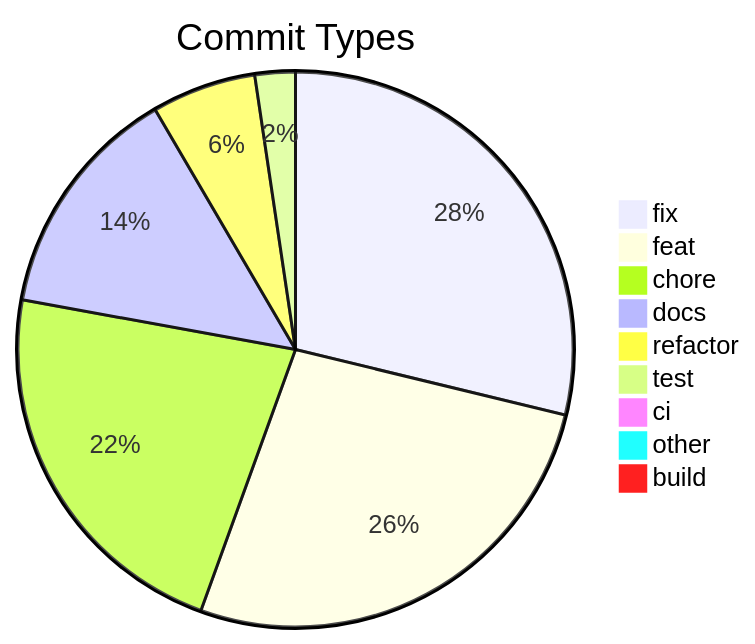
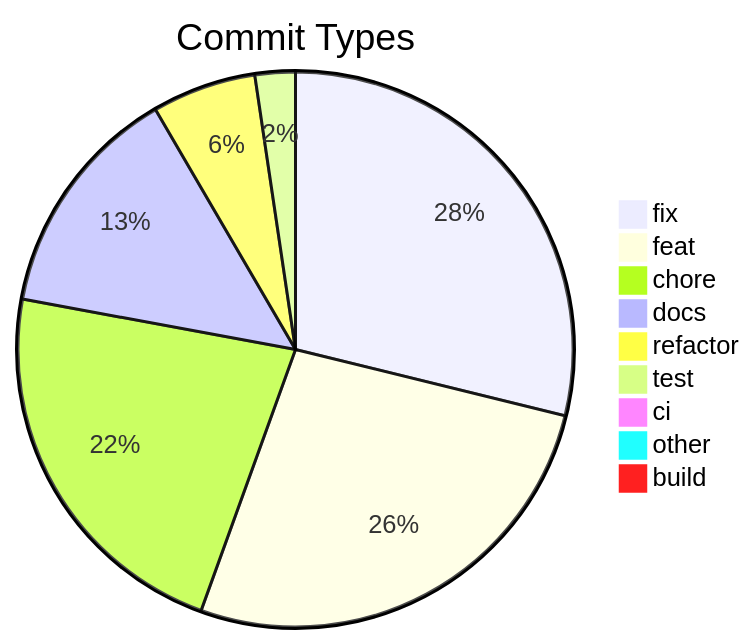
Before and after one commit to svenroth-ai/shipwright: the diagram in .shipwright/compliance/change-history.md, drawn with Mermaid. The commit also changed other lines of this file and 2 other files, not shown here.

````diff
--- a/.shipwright/compliance/change-history.md
+++ b/.shipwright/compliance/change-history.md
@@ -8,12 +8,12 @@
 ```mermaid
 pie title Commit Types
-    "fix" : 294
+    "fix" : 295
     "feat" : 273
-    "chore" : 228
+    "chore" : 229
     "docs" : 140
     "refactor" : 62
     "test" : 24
     "ci" : 7
     "other" : 7
     "build" : 1
 ```
````
